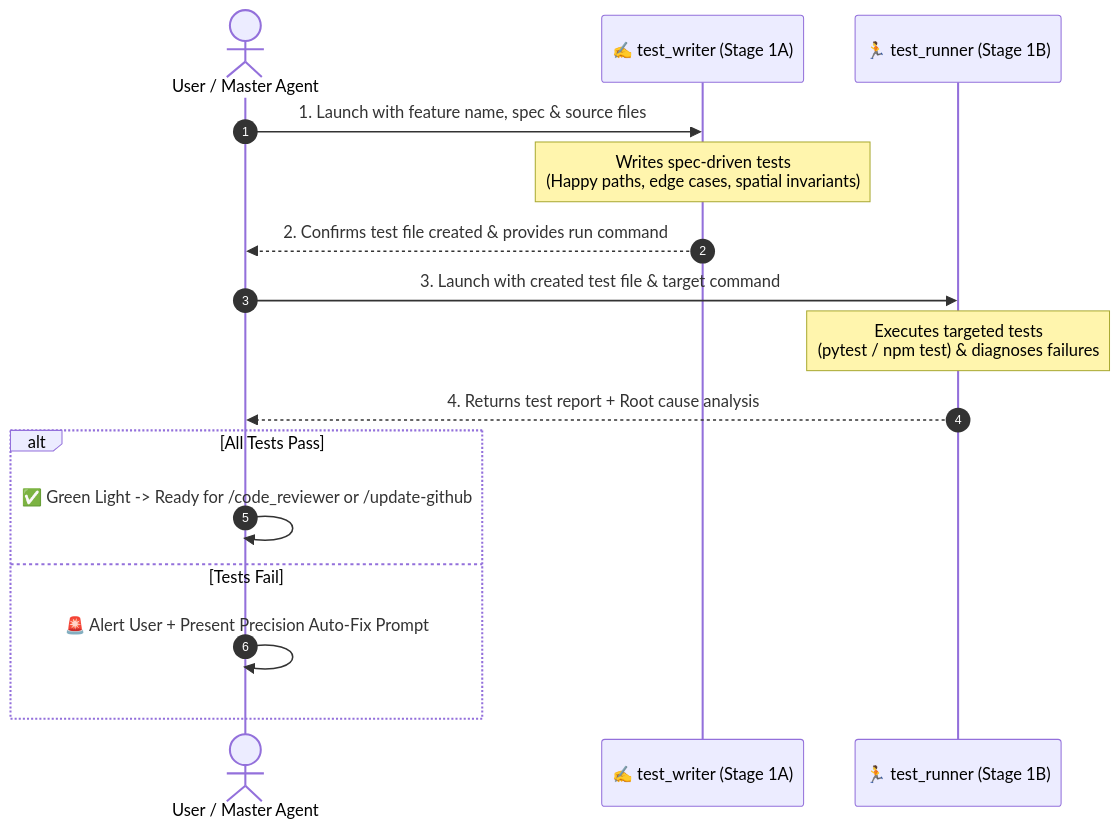
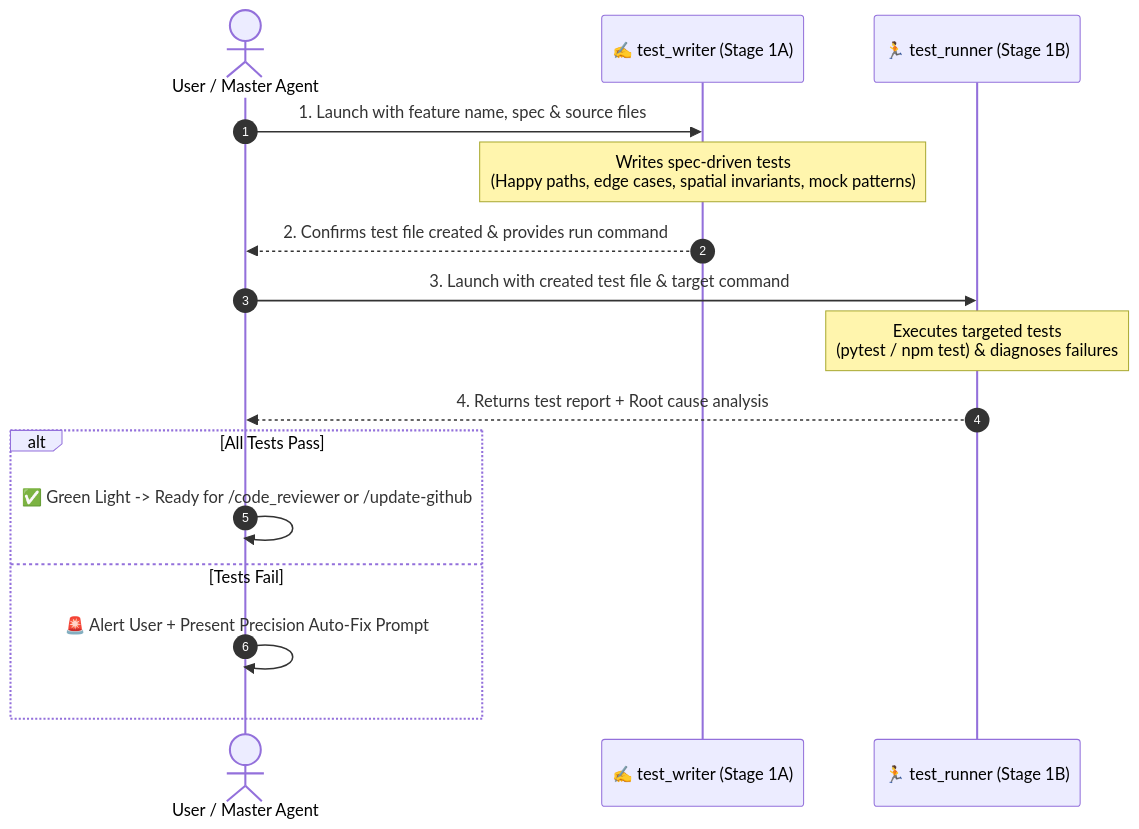
One commit to agrawalshivam279/safe-yatra changed the diagram in .agents/skills/test_runner/SKILL.md. Above: the diagram before and after it, drawn with Mermaid. The commit also changed other lines of this file and 22 other files, not shown here.

````diff
--- a/.agents/skills/test_runner/SKILL.md
+++ b/.agents/skills/test_runner/SKILL.md
@@ -18,21 +20,21 @@
 ```mermaid
 sequenceDiagram
     autonumber
     actor User/Agent as User / Master Agent
     participant TW as ✍️ test_writer (Stage 1A)
     participant TR as 🏃 test_runner (Stage 1B)
-    
+
     User/Agent->>TW: 1. Launch with feature name, spec & source files
-    Note over TW: Writes spec-driven tests<br/>(Happy paths, edge cases, spatial invariants)
+    Note over TW: Writes spec-driven tests<br/>(Happy paths, edge cases, spatial invariants, mock patterns)
     TW-->>User/Agent: 2. Confirms test file created & provides run command
-    
+
     User/Agent->>TR: 3. Launch with created test file & target command
     Note over TR: Executes targeted tests<br/>(pytest / npm test) & diagnoses failures
     TR-->>User/Agent: 4. Returns test report + Root cause analysis
-    
+
     alt All Tests Pass
         User/Agent->>User/Agent: ✅ Green Light -> Ready for /code_reviewer or /update-github
     else Tests Fail
         User/Agent->>User/Agent: 🚨 Alert User + Present Precision Auto-Fix Prompt
     end
 ```
````
